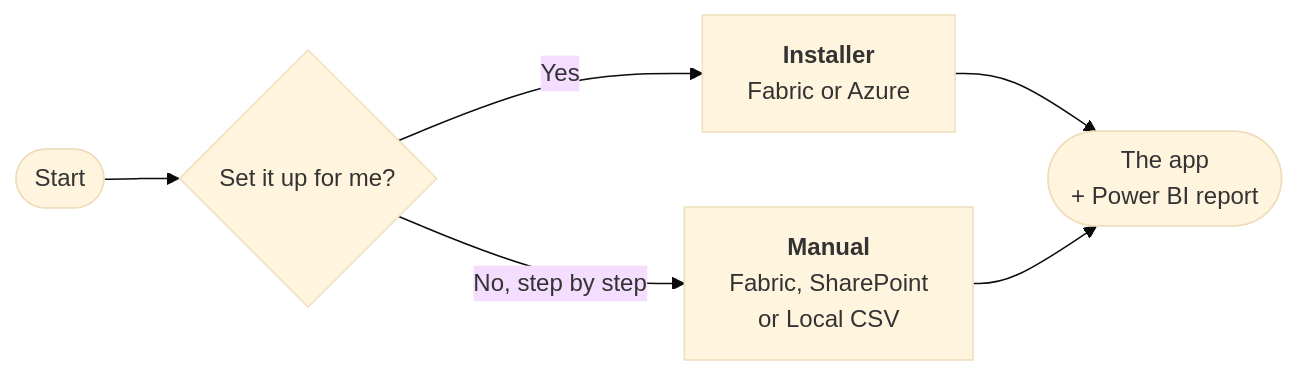
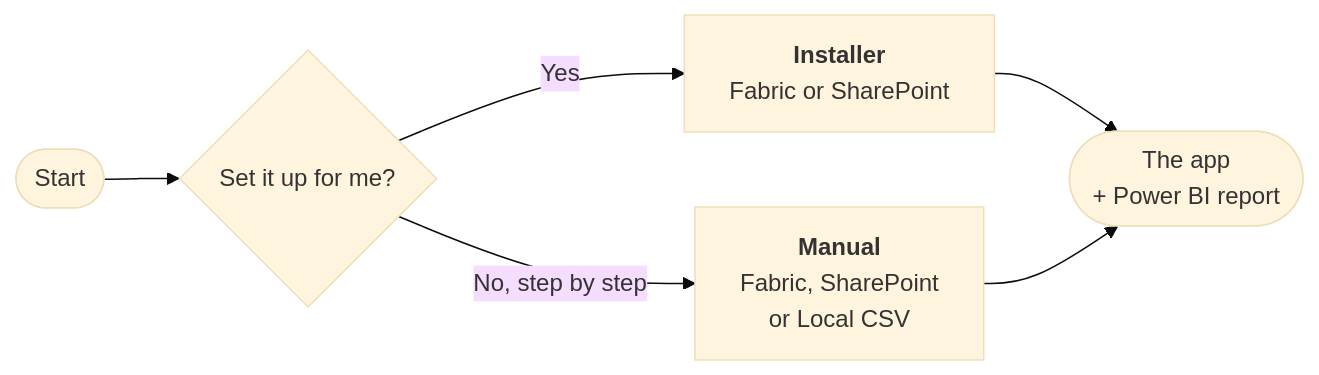
Before and after one commit to zqf20096327/ai_collect: the diagram in data/readmes/microsoft__ValueLens-for-Microsoft-Copilot.md, drawn with Mermaid (base theme). The commit also changed other lines of this file and 2761 other files, not shown here.

````diff
--- a/data/readmes/microsoft__ValueLens-for-Microsoft-Copilot.md
+++ b/data/readmes/microsoft__ValueLens-for-Microsoft-Copilot.md
@@ -76,8 +76,8 @@
 ```mermaid
 flowchart LR
     start([Start]) --> q{Set it up for me?}
-    q -- "Yes" --> inst["<b>Installer</b><br/>Fabric or Azure"]
+    q -- "Yes" --> inst["<b>Installer</b><br/>Fabric or SharePoint"]
     q -- "No, step by step" --> man["<b>Manual</b><br/>Fabric, SharePoint<br/>or Local CSV"]
     inst --> done(["The app<br/>+ Power BI report"])
     man --> done
 ```
````
